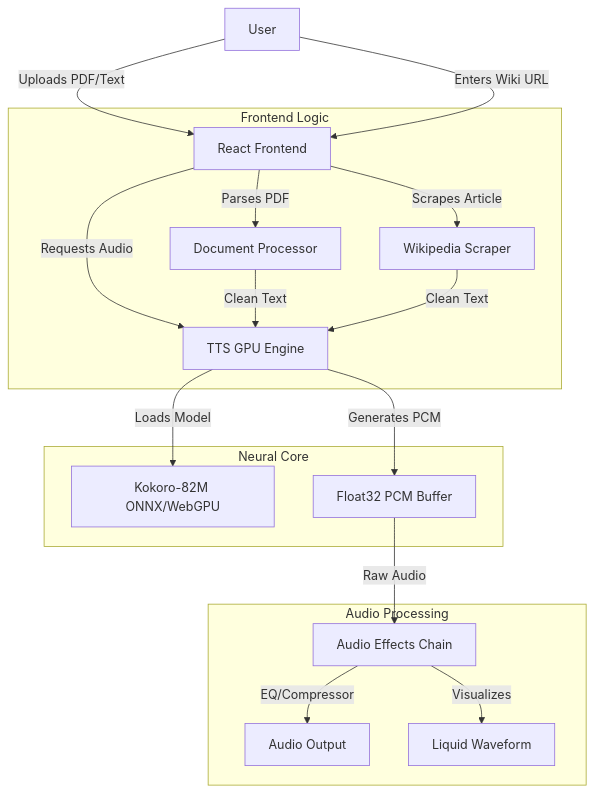
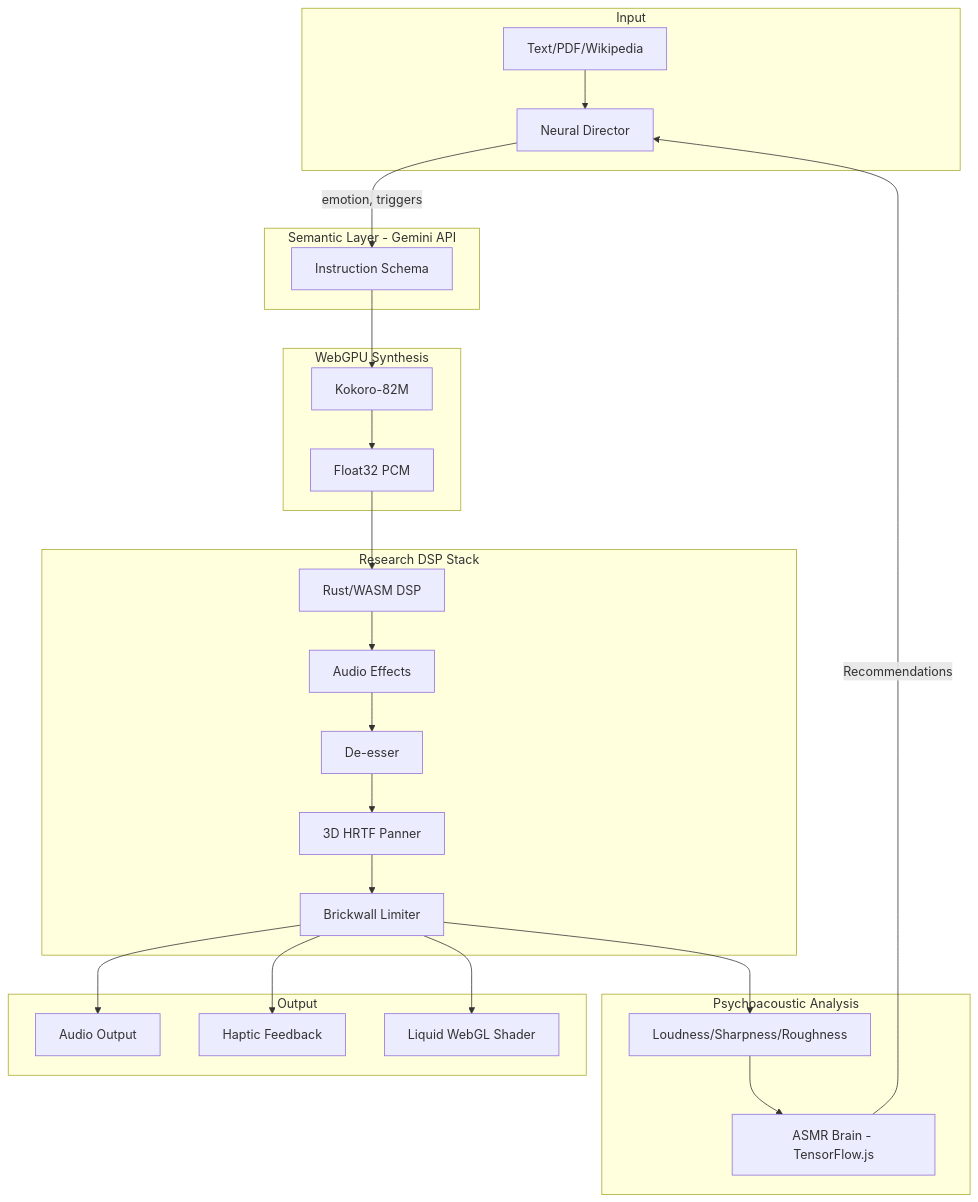
One commit to teerthsharma/neuralwhisper changed the diagram in README.md. Above: the diagram before and after it, drawn with Mermaid. The commit also changed other lines of this file and 12 other files, not shown here.

Commit message:
feat: The Living Sanctuary - Research-grade neural audio synthesis with WebGPU, Rust WASM, psychoacoustics

````diff
--- a/README.md
+++ b/README.md
@@ -17,26 +27,35 @@
 ```mermaid
 graph TD
-    User[User] -->|Uploads PDF/Text| UI[React Frontend]
-    User -->|Enters Wiki URL| UI
+    subgraph Input
+        Text[Text/PDF/Wikipedia] --> ND[Neural Director]
+    end
     
-    subgraph Frontend_Logic [Frontend Logic]
-        UI -->|Parses PDF| DP[Document Processor]
-        UI -->|Scrapes Article| Wiki[Wikipedia Scraper]
-        UI -->|Requests Audio| TTS[TTS GPU Engine]
+    subgraph Semantic_Layer[Semantic Layer - Gemini API]
+        ND -->|emotion, triggers| Tags[Instruction Schema]
     end
-
-    subgraph Neural_Core [Neural Core]
-        TTS -->|Loads Model| Kokoro[Kokoro-82M ONNX/WebGPU]
-        TTS -->|Generates PCM| AudioBuffer[Float32 PCM Buffer]
+    
+    subgraph Synthesis[WebGPU Synthesis]
+        Tags --> Kokoro[Kokoro-82M]
+        Kokoro --> PCM[Float32 PCM]
     end
-
-    subgraph Audio_Processing [Audio Processing]
-        AudioBuffer -->|Raw Audio| Effects[Audio Effects Chain]
-        Effects -->|EQ/Compressor| Output[Audio Output]
-        Effects -->|Visualizes| Canvas[Liquid Waveform]
+    
+    subgraph DSP[Research DSP Stack]
+        PCM --> Rust[Rust/WASM DSP]
+        Rust --> Effects[Audio Effects]
+        Effects --> Deesser[De-esser]
+        Deesser --> Panner[3D HRTF Panner]
+        Panner --> Limiter[Brickwall Limiter]
     end
-
-    DP -->|Clean Text| TTS
-    Wiki -->|Clean Text| TTS
-
+    
+    subgraph Analysis[Psychoacoustic Analysis]
+        Limiter --> PA[Loudness/Sharpness/Roughness]
+        PA --> Brain[ASMR Brain - TensorFlow.js]
+        Brain -->|Recommendations| ND
+    end
+    
+    subgraph Output
+        Limiter --> Speaker[Audio Output]
+        Limiter --> Haptic[Haptic Feedback]
+        Limiter --> Shader[Liquid WebGL Shader]
+    end
 ```
````
